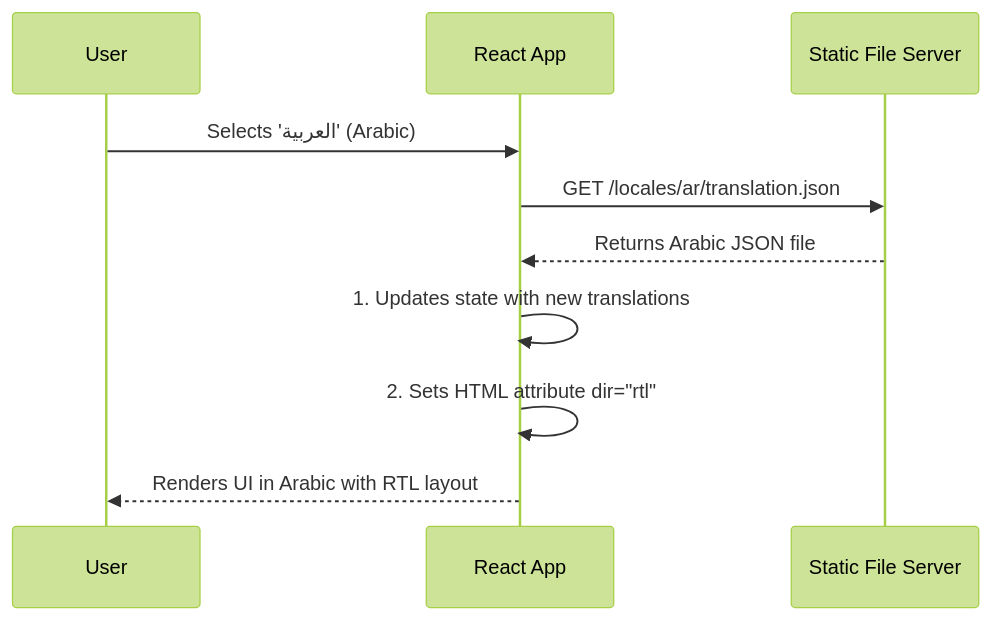
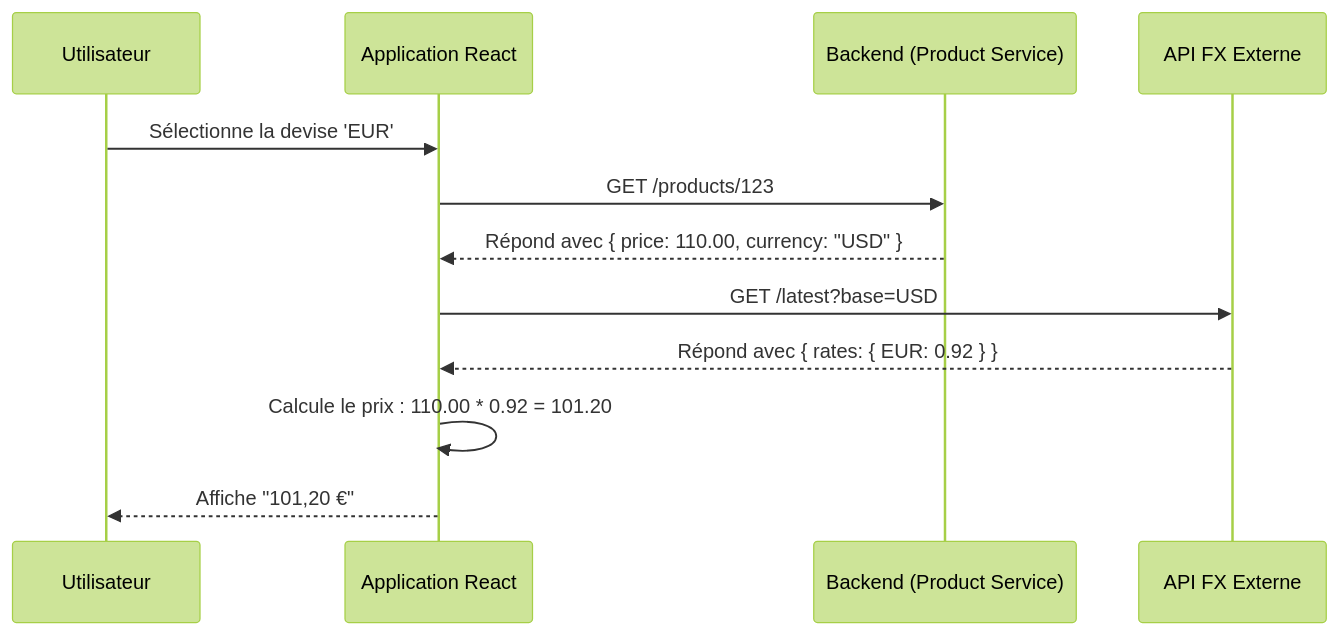
The first of 4 diagrams in i18n.md (HarcheSamir/esisba-lirmm-ecommerce), drawn with Mermaid (forest theme) before and after one commit. The commit also changed other lines of this file, not shown here.

````diff
--- a/i18n.md
+++ b/i18n.md
@@ -27,13 +34,15 @@
 ```mermaid
 sequenceDiagram
-    participant User
-    participant FrontendApp as React App
-    participant TranslationServer as Static File Server
+    participant Utilisateur
+    participant AppFrontend as Application React
+    participant APIProduits as Backend (Product Service)
+    participant API_TauxDeChange as API FX Externe
 
-    User->>FrontendApp: Selects 'العربية' (Arabic)
-    FrontendApp->>TranslationServer: GET /locales/ar/translation.json
-    TranslationServer-->>FrontendApp: Returns Arabic JSON file
-    FrontendApp->>FrontendApp: 1. Updates state with new translations
-    FrontendApp->>FrontendApp: 2. Sets HTML attribute dir="rtl"
-    FrontendApp-->>User: Renders UI in Arabic with RTL layout
+    Utilisateur->>AppFrontend: Sélectionne la devise 'EUR'
+    AppFrontend->>APIProduits: GET /products/123
+    APIProduits-->>AppFrontend: Répond avec { price: 110.00, currency: "USD" }
+    AppFrontend->>API_TauxDeChange: GET /latest?base=USD
+    API_TauxDeChange-->>AppFrontend: Répond avec { rates: { EUR: 0.92 } }
+    AppFrontend->>AppFrontend: Calcule le prix : 110.00 * 0.92 = 101.20
+    AppFrontend-->>Utilisateur: Affiche "101,20 €"
 ```
````
